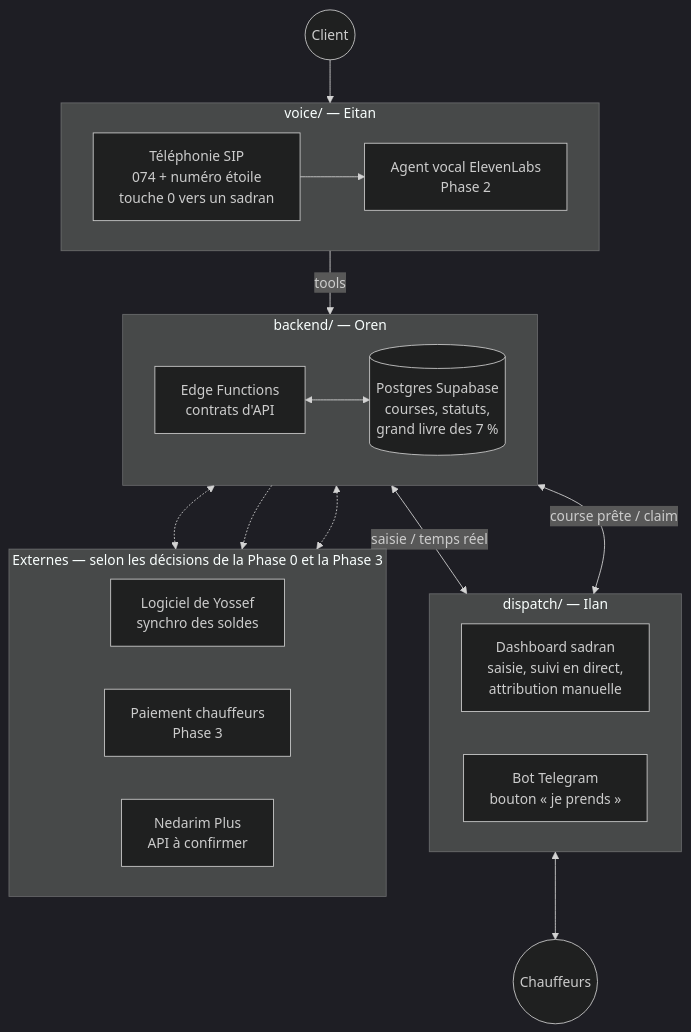
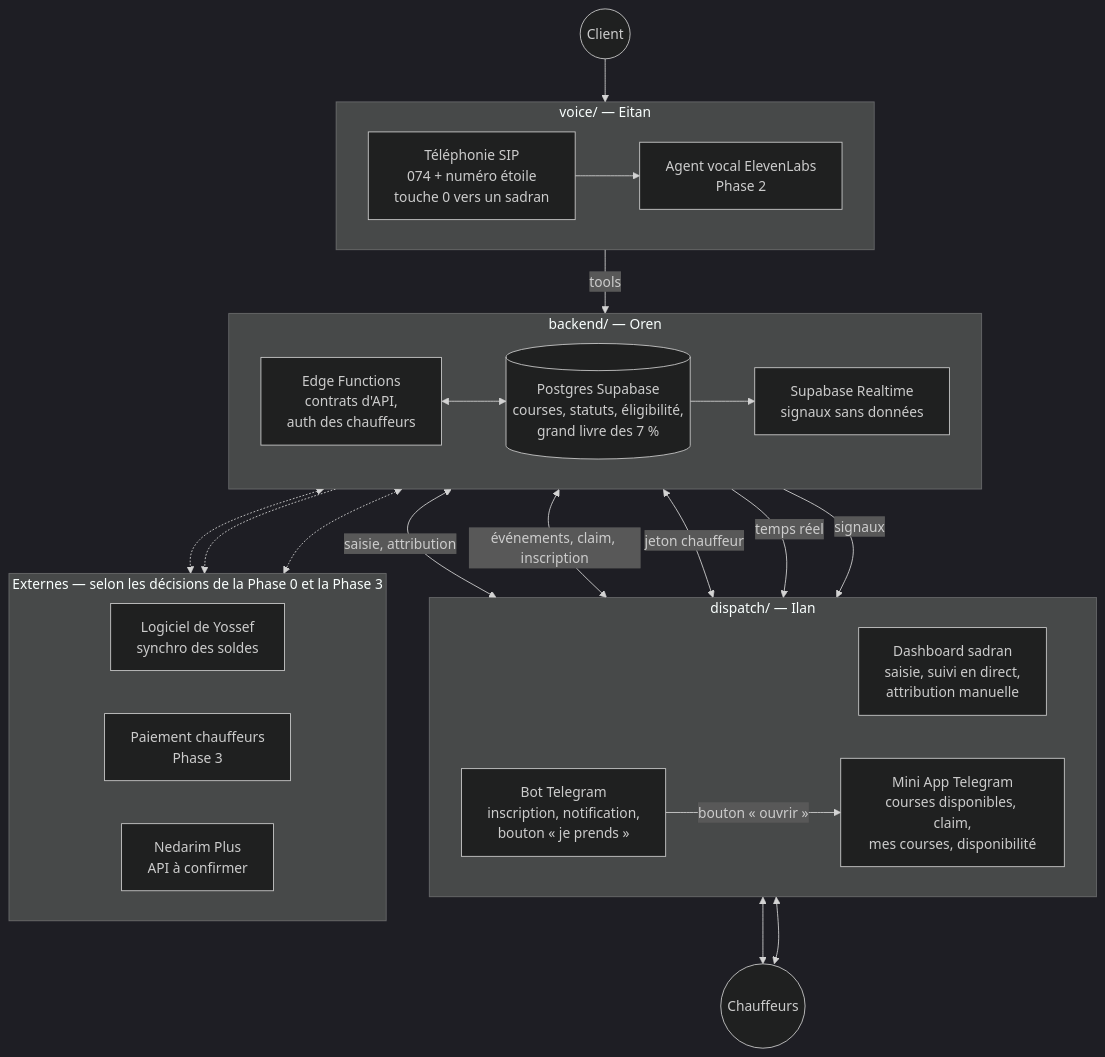
The first of 4 diagrams in docs/ARCHITECTURE.md (oren1996/driverss), drawn with Mermaid (dark theme) before and after one commit. The commit also changed other lines of this file and 14 other files, not shown here.

First line of the commit message:
docs: spec v0 de la Mini App Telegram chauffeur

````diff
--- a/docs/ARCHITECTURE.md
+++ b/docs/ARCHITECTURE.md
@@ -7,38 +7,45 @@
 ```mermaid
 flowchart TB
     Client(("Client"))
 
     subgraph VOICE["voice/ — Eitan"]
         direction LR
         SIP["Téléphonie SIP<br/>074 + numéro étoile<br/>touche 0 vers un sadran"] --> VA["Agent vocal ElevenLabs<br/>Phase 2"]
     end
 
     subgraph BACKEND["backend/ — Oren"]
         direction LR
-        API["Edge Functions<br/>contrats d'API"] <--> DB[("Postgres Supabase<br/>courses, statuts,<br/>grand livre des 7 %")]
+        API["Edge Functions<br/>contrats d'API,<br/>auth des chauffeurs"] <--> DB[("Postgres Supabase<br/>courses, statuts, éligibilité,<br/>grand livre des 7 %")]
+        DB --> RT["Supabase Realtime<br/>signaux sans données"]
     end
 
     subgraph DISPATCH["dispatch/ — Ilan"]
         direction LR
         DASH["Dashboard sadran<br/>saisie, suivi en direct,<br/>attribution manuelle"]
-        BOT["Bot Telegram<br/>bouton « je prends »"]
+        BOT["Bot Telegram<br/>inscription, notification,<br/>bouton « je prends »"]
+        TMA["Mini App Telegram<br/>courses disponibles, claim,<br/>mes courses, disponibilité"]
     end
 
     Drivers(("Chauffeurs"))
 
     subgraph EXT["Externes — selon les décisions de la Phase 0 et la Phase 3"]
         direction LR
         Y["Logiciel de Yossef<br/>synchro des soldes"]
         PAY["Paiement chauffeurs<br/>Phase 3"]
         NP["Nedarim Plus<br/>API à confirmer"]
     end
 
     Client --> SIP
     VA -->|tools| API
-    API <-->|saisie / temps réel| DASH
-    API <-->|course prête / claim| BOT
+    API <-->|saisie, attribution| DASH
+    API <-->|événements, claim, inscription| BOT
+    API <-->|jeton chauffeur| TMA
+    RT -->|temps réel| DASH
+    RT -->|signaux| TMA
+    BOT -->|bouton « ouvrir »| TMA
     BOT <--> Drivers
+    TMA <--> Drivers
     API <-.-> Y
     API -.-> PAY
     API <-.-> NP
 ```
````
